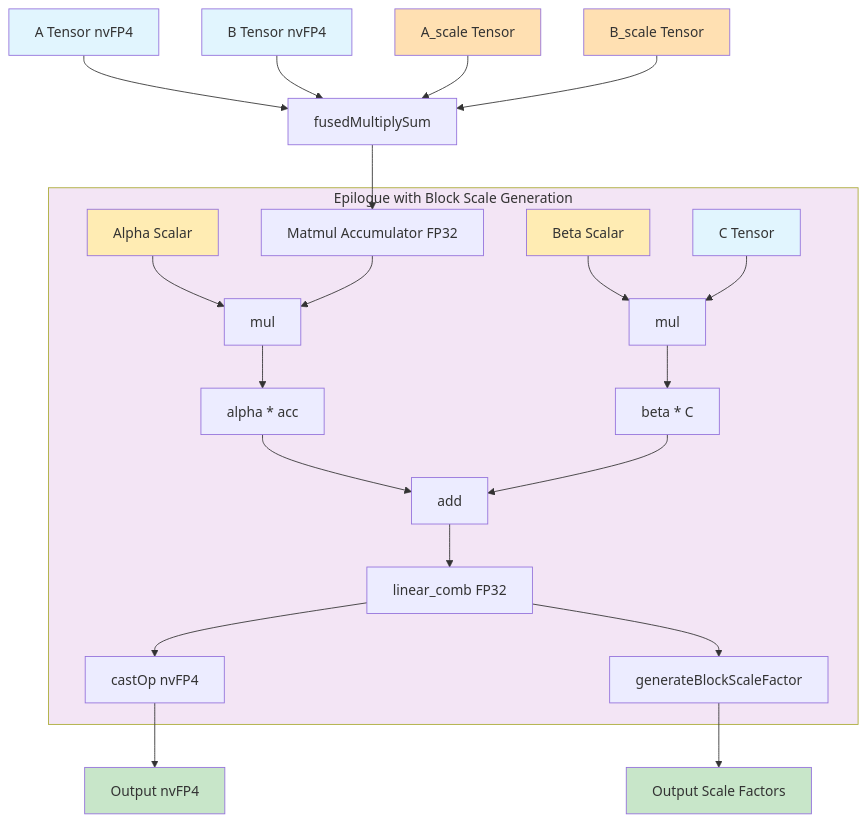
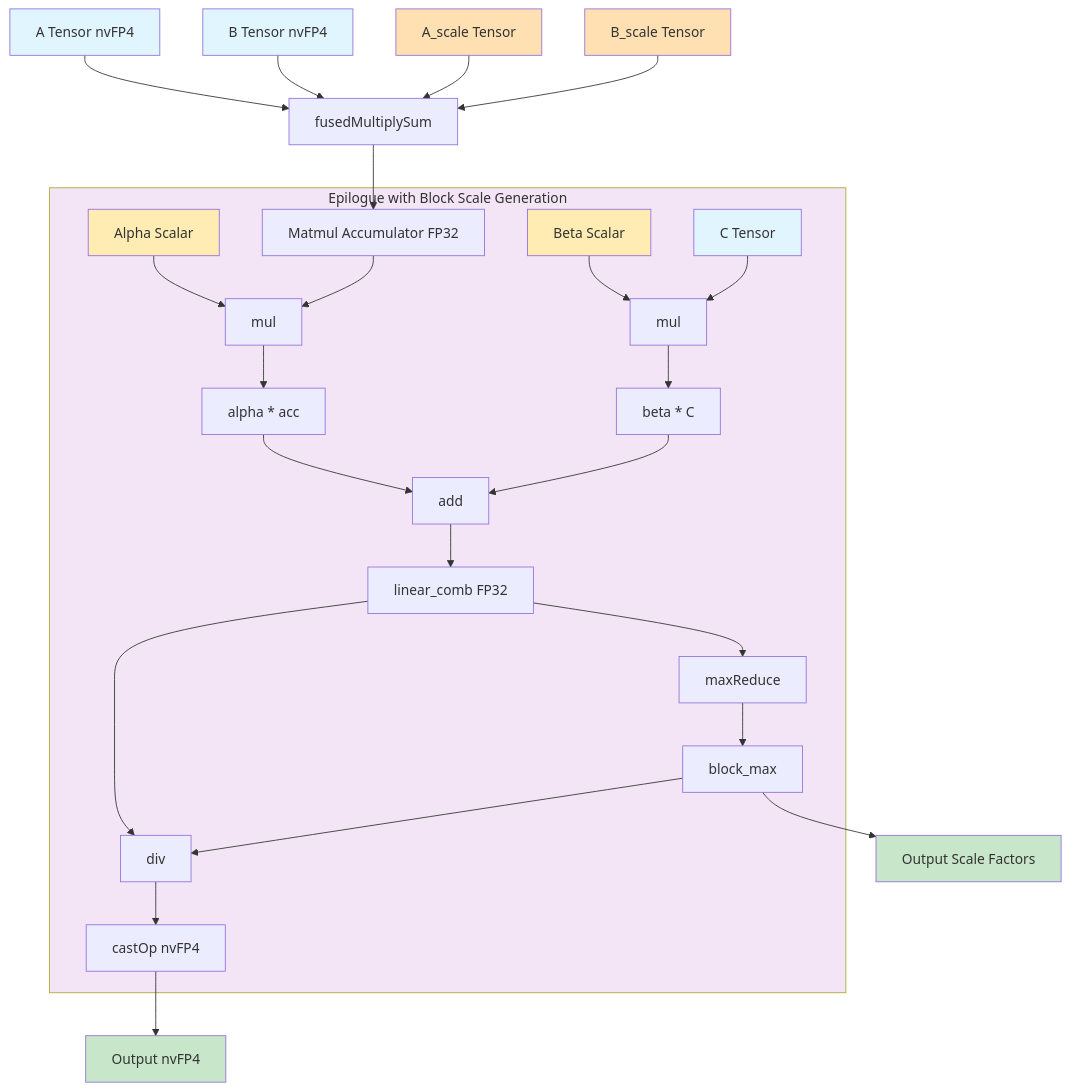
One commit to jacobhinkle/cutlass changed the seventh of 8 diagrams in NVFuserEVTTranslation.md. Above: the diagram before and after it, drawn with Mermaid. The commit also changed other lines of this file, not shown here.

First line of the commit message:
[AI] Replace generateBlockScaleFactor with max-reduce+divide path

````diff
--- a/NVFuserEVTTranslation.md
+++ b/NVFuserEVTTranslation.md
@@ -597,36 +600,39 @@
 ```mermaid
 graph TD
     A[A Tensor nvFP4] --> E[fusedMultiplySum]
     B[B Tensor nvFP4] --> E
     C[A_scale Tensor] --> E
     D[B_scale Tensor] --> E
     E --> F[Matmul Accumulator FP32]
     
     subgraph Epilogue ["Epilogue with Block Scale Generation"]
         G[Alpha Scalar] --> H[mul]
         F --> H
         H --> I[alpha * acc]
         J[Beta Scalar] --> K[mul]
         L[C Tensor] --> K
         K --> M[beta * C]
         I --> N[add]
         M --> N
         N --> O[linear_comb FP32]
-        O --> P[castOp nvFP4]
-        O --> Q[generateBlockScaleFactor]
+        O --> Q[maxReduce]
+        Q --> R[block_max]
+        O --> S[div]
+        R --> S
+        S --> P[castOp nvFP4]
     end
     
-    P --> R[Output nvFP4]
-    Q --> S[Output Scale Factors]
+    P --> T[Output nvFP4]
+    R --> U[Output Scale Factors]
     
     style A fill:#e1f5fe
     style B fill:#e1f5fe
     style C fill:#ffe0b2
     style D fill:#ffe0b2
     style L fill:#e1f5fe
     style G fill:#ffecb3
     style J fill:#ffecb3
-    style R fill:#c8e6c9
-    style S fill:#c8e6c9
+    style T fill:#c8e6c9
+    style U fill:#c8e6c9
     style Epilogue fill:#f3e5f5
 ```
````
